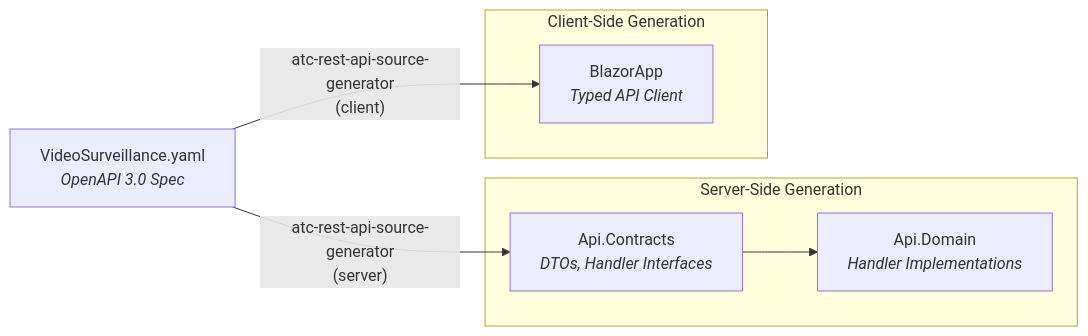
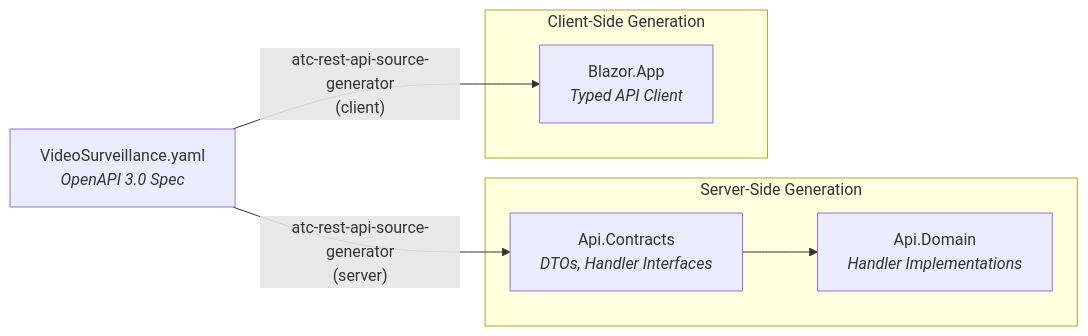
The fifth of 8 diagrams in docs/architecture.md (davidkallesen/Linksoft.VideoSurveillance), drawn with Mermaid before and after one commit. The commit also changed other lines of this file and 406 other files, not shown here.

````diff
--- a/docs/architecture.md
+++ b/docs/architecture.md
@@ -142,17 +142,17 @@
 ```mermaid
 graph LR
     YAML["VideoSurveillance.yaml<br/><i>OpenAPI 3.0 Spec</i>"]
 
     subgraph ServerSide["Server-Side Generation"]
         Contracts["Api.Contracts<br/><i>DTOs, Handler Interfaces</i>"]
         Domain["Api.Domain<br/><i>Handler Implementations</i>"]
     end
 
     subgraph ClientSide["Client-Side Generation"]
-        ClientCode["BlazorApp<br/><i>Typed API Client</i>"]
+        ClientCode["Blazor.App<br/><i>Typed API Client</i>"]
     end
 
     YAML -- "atc-rest-api-source-generator<br/>(server)" --> Contracts
     YAML -- "atc-rest-api-source-generator<br/>(client)" --> ClientCode
     Contracts --> Domain
 ```
````
